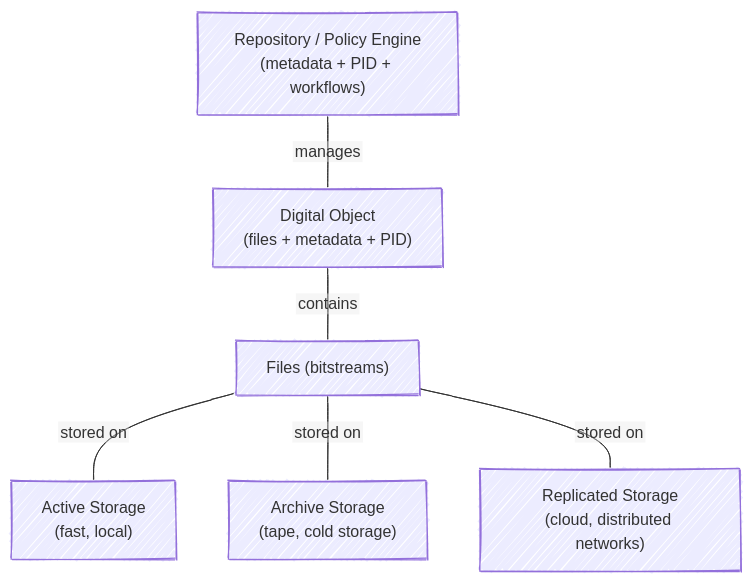
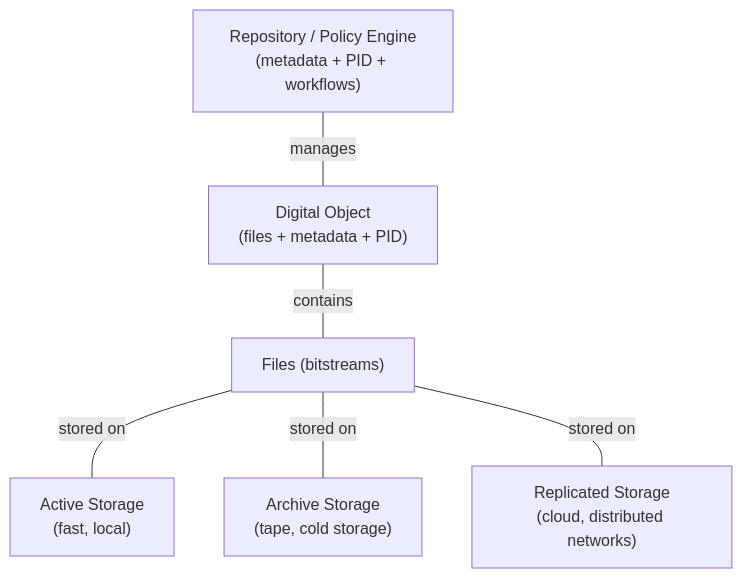
Before and after one commit to chStaiger/rdm-fundamentals: the diagram in book/files.qmd, drawn with Mermaid. The commit also changed other lines of this file, not shown here.

````diff
--- a/book/files.qmd
+++ b/book/files.qmd
@@ -313,26 +236,18 @@
-```{mermaid}
-%%| label: storage-stack
-%%| fig-cap: Files stored within a layered storage infrastructure. Digital objects emerge only when files are managed by a repository or policy engine.
-%%| fig-align: center
-%%{init: {
-  "look": "handDrawn",
-  "flowchart": { "htmlLabels": false }
-}}%%
-
+```mermaid
 flowchart TB
 
     F["Files (bitstreams)"]
     S1["Active Storage<br/>(fast, local)"]
     S2["Archive Storage<br/>(tape, cold storage)"]
     S3["Replicated Storage<br/>(cloud, distributed networks)"]
 
     R["Repository / Policy Engine<br/>(metadata + PID + workflows)"]
     DO["Digital Object<br/>(files + metadata + PID)"]
 
     F --- |"stored on"| S1
     F --- |"stored on"| S2
     F --- |"stored on"| S3
 
     R --- |"manages"| DO
     DO --- |"contains"| F
 ```
````
